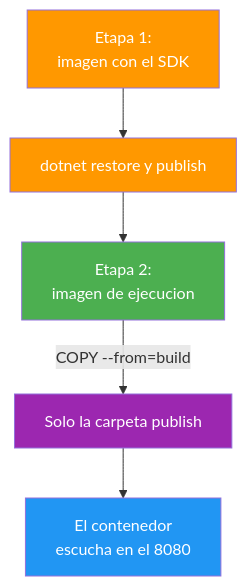
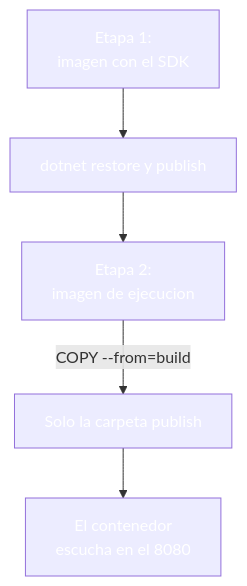
The third of 6 diagrams in 25-docker-despliegue.md (joseluisgs/DesarrolloWebEntornosServidor-03-2026-2027), drawn with Mermaid before and after one commit. The commit also changed other lines of this file and 30 other files, not shown here.

````diff
--- a/25-docker-despliegue.md
+++ b/25-docker-despliegue.md
@@ -128,12 +128,12 @@
 ```mermaid
 graph TD
     S["Etapa 1:<br/>imagen con el SDK"] --> R["dotnet restore y publish"]
     R --> E["Etapa 2:<br/>imagen de ejecucion"]
     E -->|COPY --from=build| F["Solo la carpeta publish"]
     F --> C["El contenedor<br/>escucha en el 8080"]
-    style S fill:#FF9800,color:#fff
-    style R fill:#FF9800,color:#fff
-    style E fill:#4CAF50,color:#fff
-    style F fill:#9C27B0,color:#fff
-    style C fill:#2196F3,color:#fff
+    style S fill:#FF980,color:#fff0,color:#fff
+    style R fill:#FF980,color:#fff0,color:#fff
+    style E fill:#4CAF5,color:#fff0,color:#fff
+    style F fill:#9C27B,color:#fff0,color:#fff
+    style C fill:#2196F,color:#fff3,color:#fff
 ```
````
